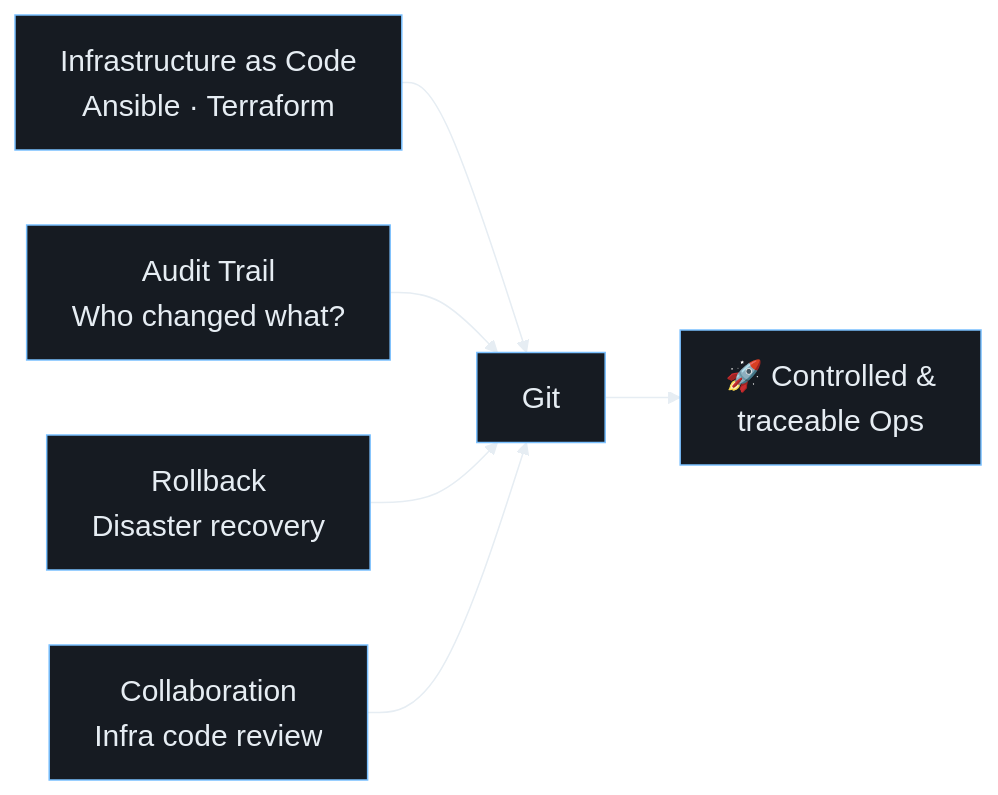
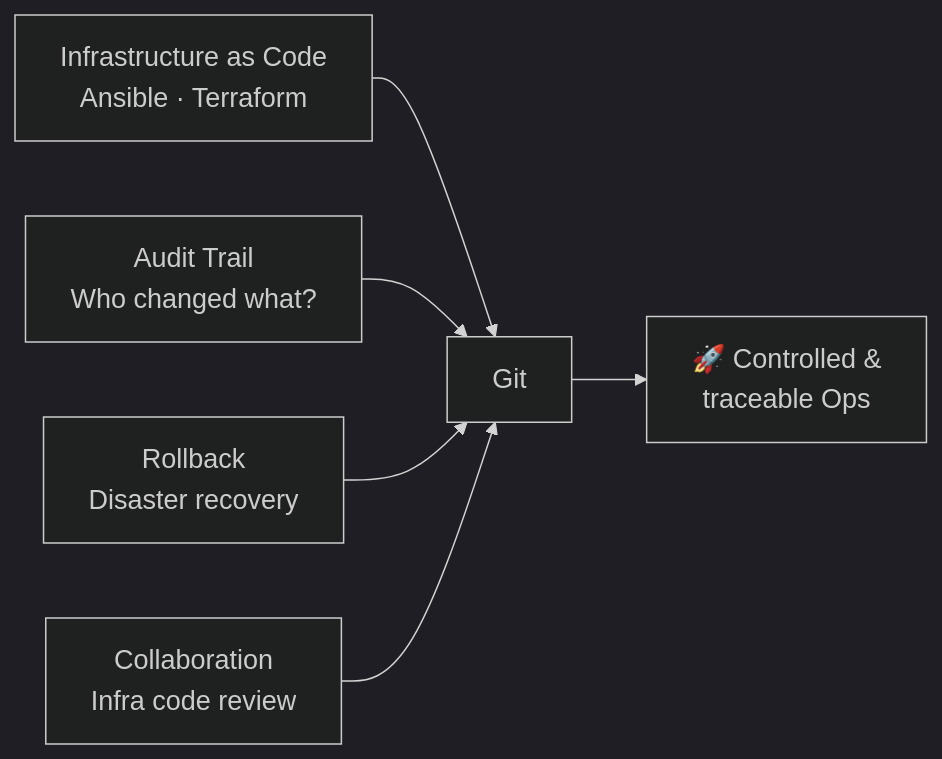
The first of 6 diagrams in SLIDES.md (jcorteslinkare/gitops), drawn with Mermaid before and after one commit. The commit also changed other lines of this file, not shown here.

Commit message:
style: update Mermaid diagram themes to dark mode across presentation slides

````diff
--- a/SLIDES.md
+++ b/SLIDES.md
@@ -55,9 +55,9 @@
 ```mermaid
-%%{init: {"theme":"base", "themeVariables": {"primaryColor":"#161b22","primaryTextColor":"#e6edf3","primaryBorderColor":"#79c0ff","lineColor":"#e6edf3","fontSize":"20px"}}}%%
+%%{init: {"theme": "dark", "themeVariables": {"fontSize":"18px"}}}%%
 flowchart LR
   A[Infrastructure as Code\nAnsible · Terraform] --> G[Git]
   B[Audit Trail\nWho changed what?] --> G
   C[Rollback\nDisaster recovery] --> G
   D[Collaboration\nInfra code review] --> G
   G --> E[🚀 Controlled &\ntraceable Ops]
 ```
````
